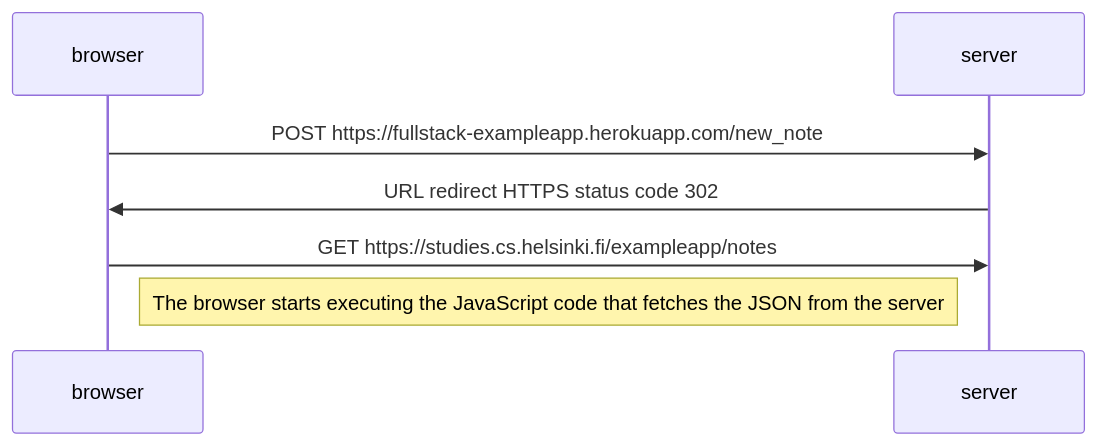
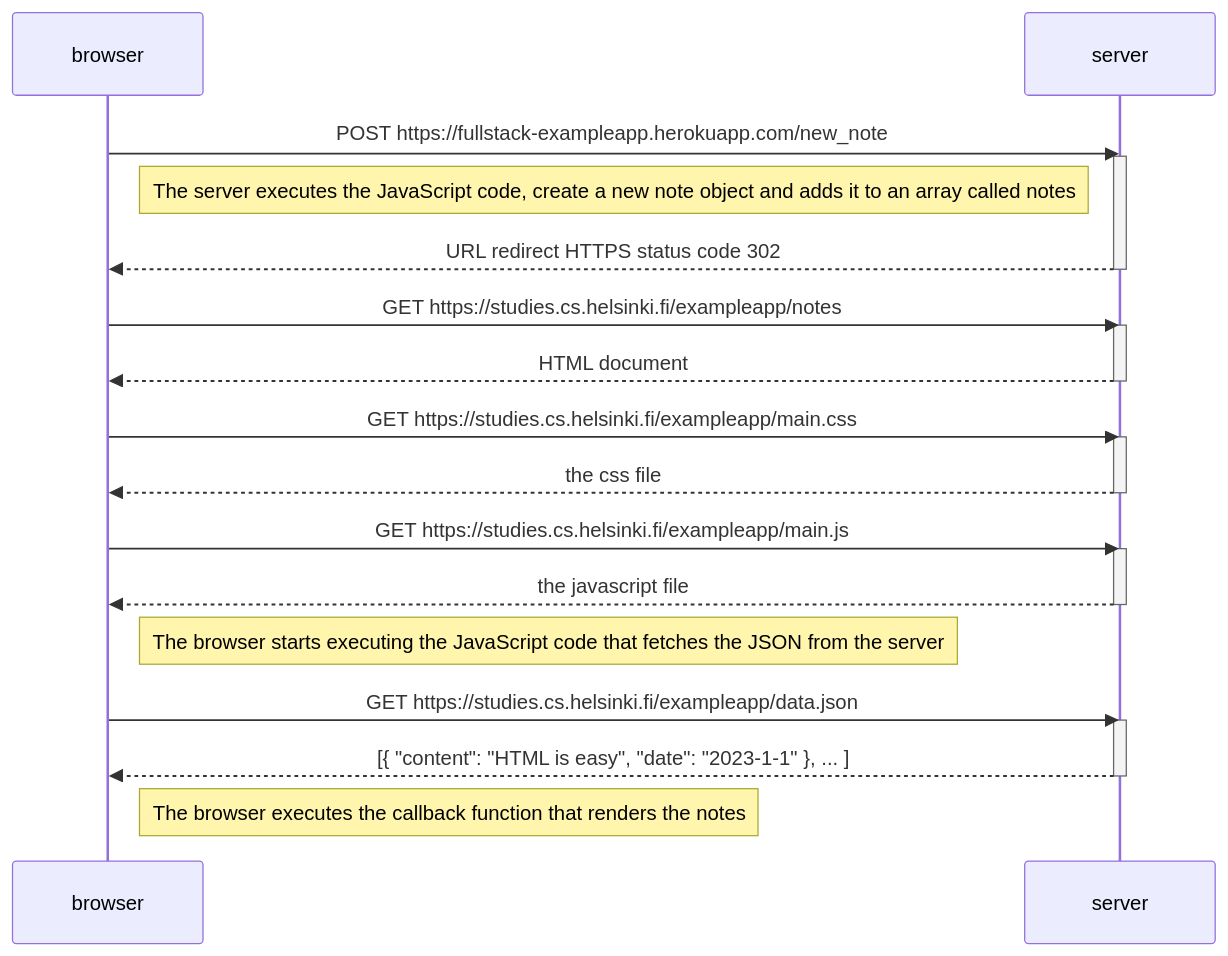
One commit to BMcIron/full-stack-open changed the diagram in part0/mermaid.md. Above: the diagram before and after it, drawn with Mermaid.

````diff
--- a/part0/mermaid.md
+++ b/part0/mermaid.md
@@ -1,12 +1,41 @@
 ```mermaid
 sequenceDiagram
     participant browser
     participant server
     
     browser->>server: POST https://fullstack-exampleapp.herokuapp.com/new_note
-    server->>browser: URL redirect HTTPS status code 302
+    activate server
+    
+    Note left of server: The server executes the JavaScript code, create a new note object and adds it to an array called notes
+    
+    server-->>browser: URL redirect HTTPS status code 302
+    deactivate server
+    
     browser->>server: GET https://studies.cs.helsinki.fi/exampleapp/notes
+    activate server
+    server-->>browser: HTML document
+    deactivate server
+    
+    browser->>server: GET https://studies.cs.helsinki.fi/exampleapp/main.css
+    activate server
+    server-->>browser: the css file
+    deactivate server
+    
+    browser->>server: GET https://studies.cs.helsinki.fi/exampleapp/main.js
+    activate server
+    server-->>browser: the javascript file
+    deactivate server
     
     Note right of browser: The browser starts executing the JavaScript code that fetches the JSON from the server
+    
+    browser->>server: GET https://studies.cs.helsinki.fi/exampleapp/data.json
+    activate server
+    server-->>browser: [{ "content": "HTML is easy", "date": "2023-1-1" }, ... ]
+    deactivate server
+    
+    Note right of browser: The browser executes the callback function that renders the notes 
+    
+    
+    
 
 ```
````
